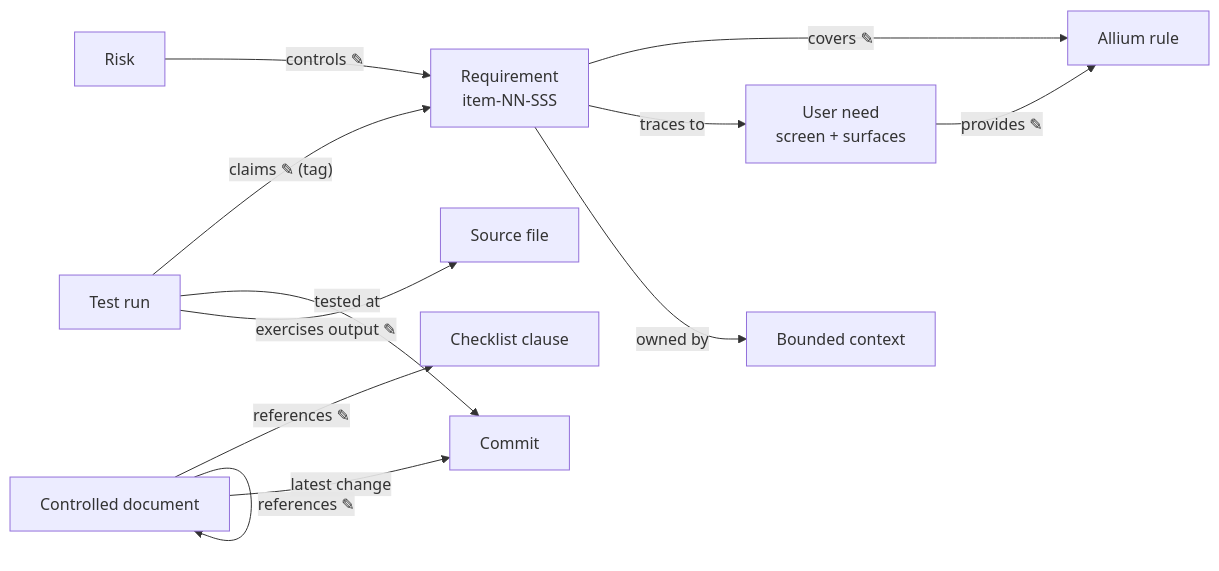
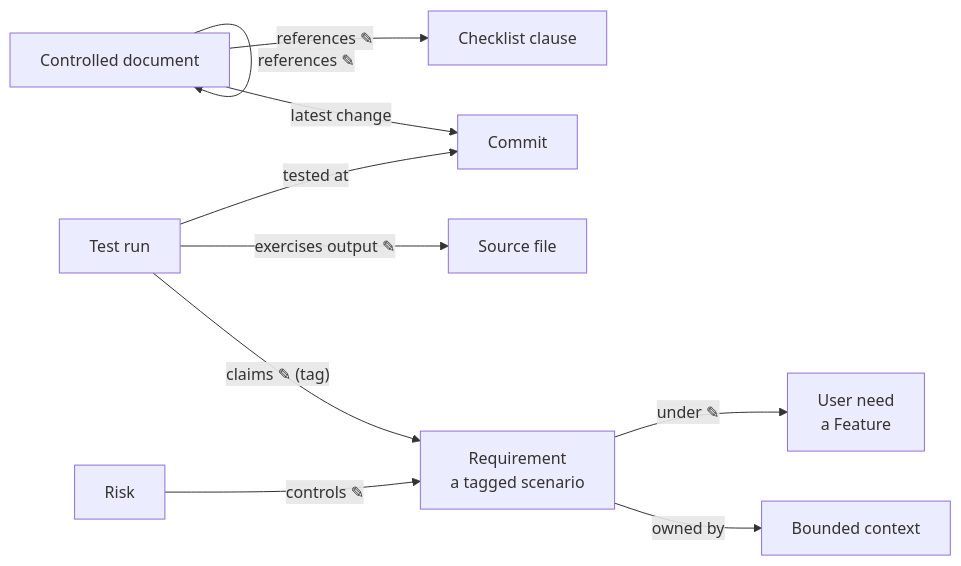
One commit to scope-impact/rdm changed the first of 2 diagrams in docs/about/how-rdm-works.md. Above: the diagram before and after it, drawn with Mermaid. The commit also changed other lines of this file and 60 other files, not shown here.

````diff
--- a/docs/about/how-rdm-works.md
+++ b/docs/about/how-rdm-works.md
@@ -39,25 +41,22 @@
 ```mermaid
 flowchart LR
-    UN["User need<br>screen + surfaces"]
-    R["Requirement<br>item-NN-SSS"]
-    AR["Allium rule"]
+    UN["User need<br>a Feature"]
+    R["Requirement<br>a tagged scenario"]
     CTX["Bounded context"]
     DOC["Controlled document"]
     RISK["Risk"]
     CL["Checklist clause"]
     RUN["Test run"]
     C["Commit"]
     SRC["Source file"]
 
-    R -- "covers ✎" --> AR
-    UN -- "provides ✎" --> AR
-    R -- "traces to" --> UN
+    R -- "under ✎" --> UN
     R -- "owned by" --> CTX
     RISK -- "controls ✎" --> R
     RUN -- "claims ✎ (tag)" --> R
     RUN -- "tested at" --> C
     RUN -- "exercises output ✎" --> SRC
     DOC -- "references ✎" --> CL
     DOC -- "references ✎" --> DOC
     DOC -- "latest change" --> C
 ```
````
